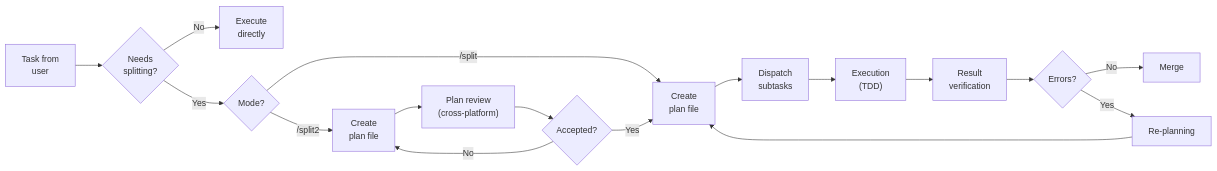
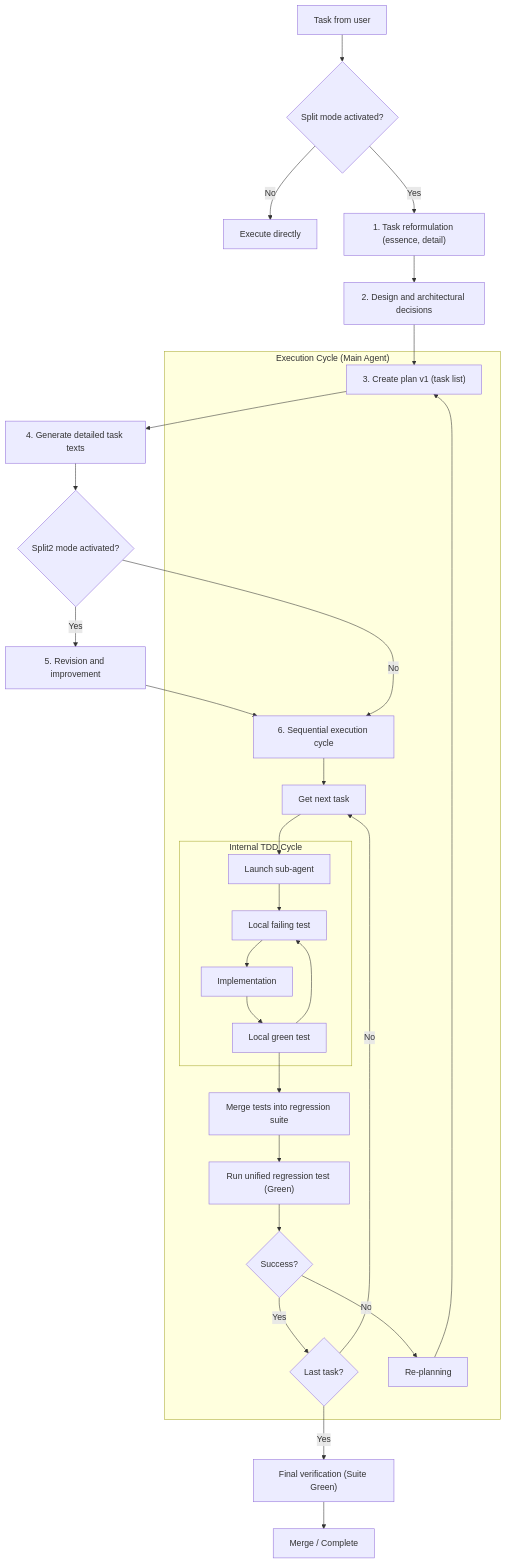
One commit to SpIvanM/split-first-tdd-agent-orchestration-framework changed the diagram in README.en.md. Above: the diagram before and after it, drawn with Mermaid. The commit also changed other lines of this file and 2 other files, not shown here.

Commit message:
docs: update workflow diagram orientation to top-down in README files

````diff
--- a/README.en.md
+++ b/README.en.md
@@ -97,19 +98,37 @@
 ```mermaid
-flowchart LR
-    A["Task from\nuser"] --> B{"Needs\nsplitting?"}
-    B -- No --> C["Execute\ndirectly"]
-    B -- Yes --> D{"Mode?"}
-    D -- "/split" --> E["Create\nplan file"]
-    D -- "/split2" --> F["Create\nplan file"]
-    F --> G["Plan review\n(cross-platform)"]
-    G --> H{"Accepted?"}
-    H -- No --> F
-    H -- Yes --> E
-    E --> I["Dispatch\nsubtasks"]
-    I --> J["Execution\n(TDD)"]
-    J --> K["Result\nverification"]
-    K --> L{"Errors?"}
-    L -- No --> M["Merge"]
-    L -- Yes --> N["Re-planning"]
-    N --> E
+graph TD
+    A["Task from user"] --> B{"Split mode activated?"}
+    B -- "No" --> C["Execute directly"]
+    B -- "Yes" --> D["1. Task reformulation (essence, detail)"]
+    D --> E["2. Design and architectural decisions"]
+    E --> F["3. Create plan v1 (task list)"]
+    F --> G["4. Generate detailed task texts"]
+    G --> H{"Split2 mode activated?"}
+    H -- "Yes" --> I["5. Revision and improvement"]
+    I --> J["6. Sequential execution cycle"]
+    H -- "No" --> J
+    
+    subgraph "Execution Cycle (Main Agent)"
+        J --> K["Get next task"]
+        K --> L["Launch sub-agent"]
+        
+        subgraph "Internal TDD Cycle"
+            L --> M["Local failing test"]
+            M --> N["Implementation"]
+            N --> O["Local green test"]
+            O --> M
+        end
+        
+        O --> P["Merge tests into regression suite"]
+        P --> Q["Run unified regression test (Green)"]
+        
+        Q --> R{"Success?"}
+        R -- "Yes" --> S{"Last task?"}
+        S -- "No" --> K
+        R -- "No" --> T["Re-planning"]
+        T --> F
+    end
+    
+    S -- "Yes" --> U["Final verification (Suite Green)"]
+    U --> V["Merge / Complete"]
 ```
````
